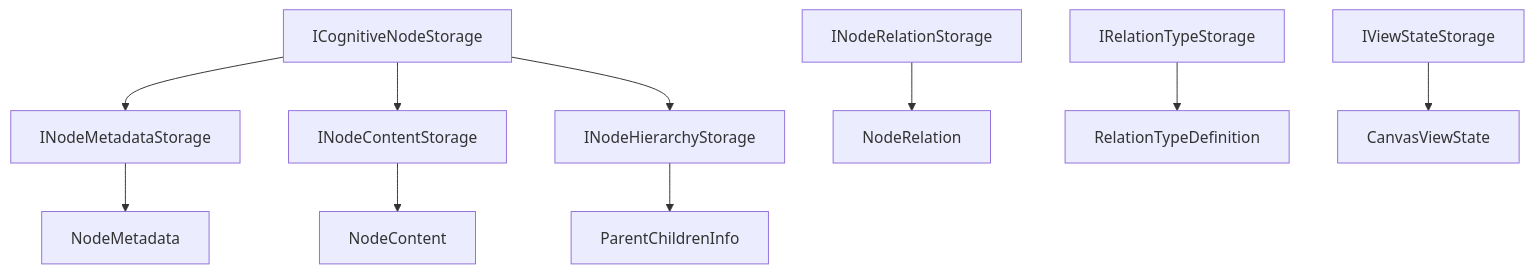
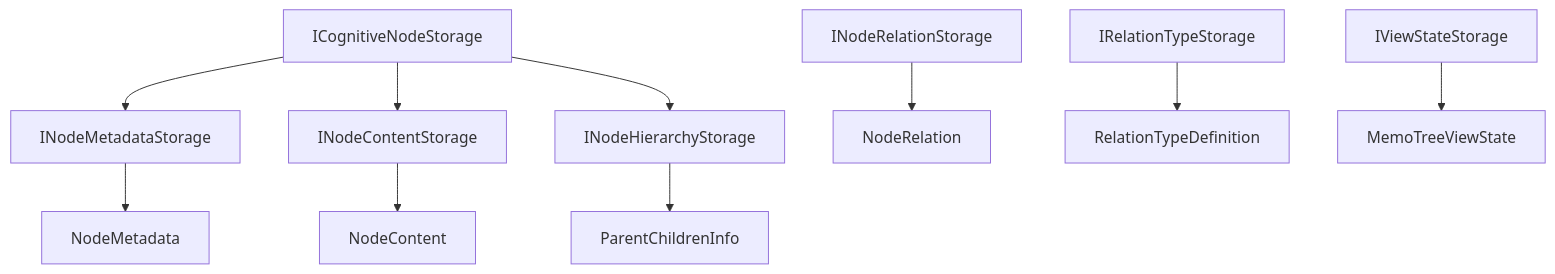
The diagram in docs/Phase2_StorageInterfaces.md (Atelia-org/atelia), drawn with Mermaid before and after one commit. The commit also changed 19 other files, not shown here.

Commit message:
初步处理“认知画布”这一旧名称未彻底改为新名称“MemoTree”的遗漏问题

````diff
--- a/docs/Phase2_StorageInterfaces.md
+++ b/docs/Phase2_StorageInterfaces.md
@@ -327,14 +327,14 @@
 ```mermaid
 graph TD
     A[ICognitiveNodeStorage] --> B[INodeMetadataStorage]
     A --> C[INodeContentStorage]
     A --> D[INodeHierarchyStorage]
 
     E[INodeRelationStorage] --> F[NodeRelation]
     G[IRelationTypeStorage] --> H[RelationTypeDefinition]
-    I[IViewStateStorage] --> J[CanvasViewState]
+    I[IViewStateStorage] --> J[MemoTreeViewState]
 
     B --> K[NodeMetadata]
     C --> L[NodeContent]
     D --> M[ParentChildrenInfo]
 ```
````
